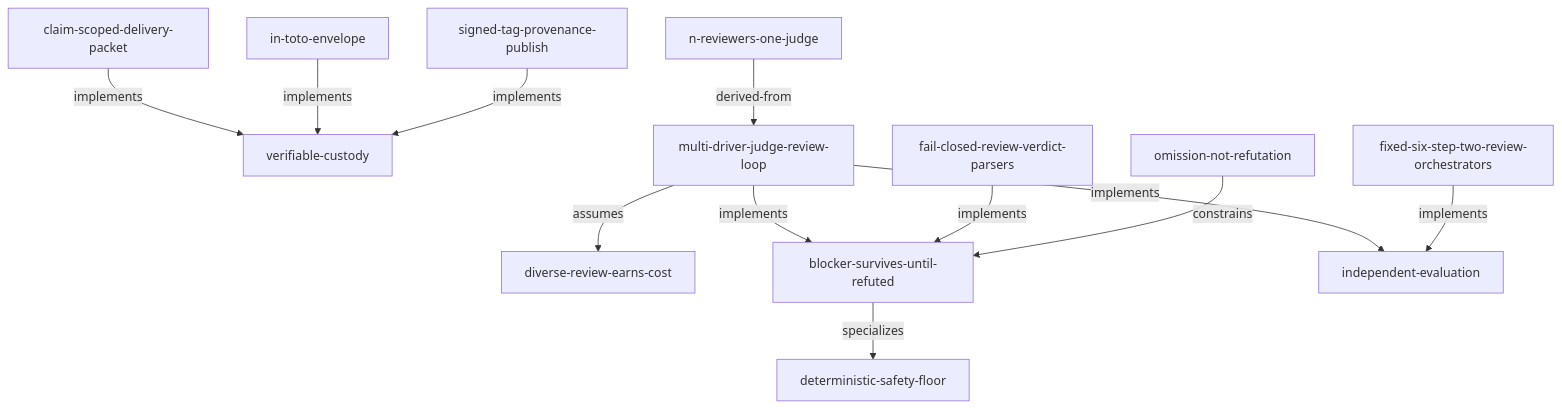
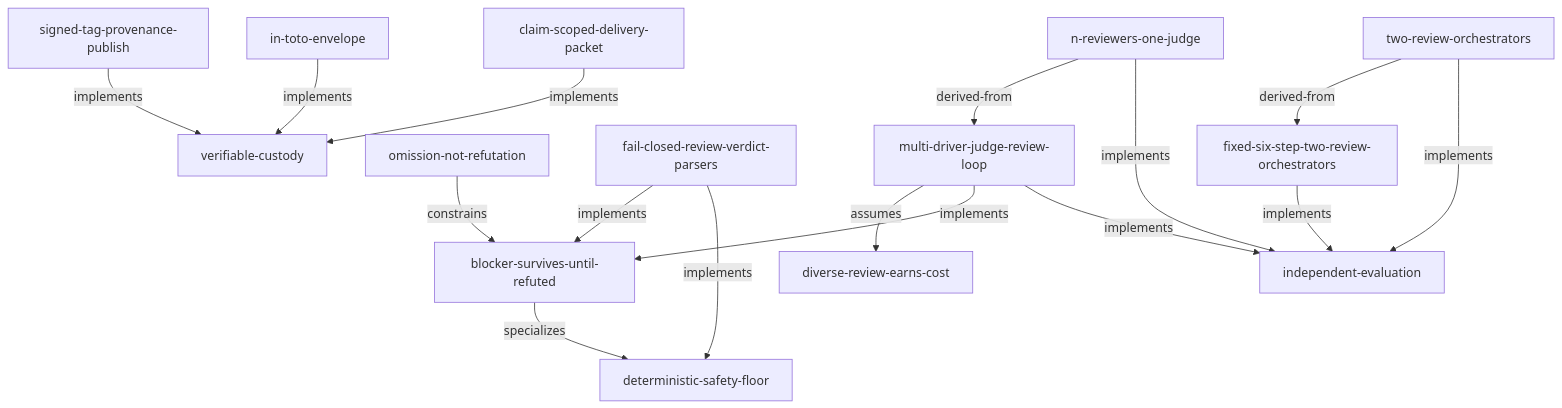
The diagram in docs/assurance/generated/review.md (pelaggio/pelaggio), drawn with Mermaid before and after one commit. The commit also changed 3 other files, not shown here.

First line of the commit message:
docs: name the mechanisms behind every unrealized invariant in the shadow graph (#628)

````diff
--- a/docs/assurance/generated/review.md
+++ b/docs/assurance/generated/review.md
@@ -7,27 +7,32 @@
 ```mermaid
 flowchart TB
   ASM_0002["diverse-review-earns-cost"]
   CLM_0008["verifiable-custody"]
   CLM_0009["blocker-survives-until-refuted"]
   CLM_0016["independent-evaluation"]
   CLM_0019["deterministic-safety-floor"]
   CON_0008["omission-not-refutation"]
+  CTR_0002["two-review-orchestrators"]
   CTR_0003["n-reviewers-one-judge"]
   CTR_0012["fail-closed-review-verdict-parsers"]
   DEC_0003["signed-tag-provenance-publish"]
   DEC_0008["in-toto-envelope"]
   DEC_0012["fixed-six-step-two-review-orchestrators"]
   DEC_0014["multi-driver-judge-review-loop"]
   DEC_0020["claim-scoped-delivery-packet"]
   CLM_0009 -->|specializes| CLM_0019
   CON_0008 -->|constrains| CLM_0009
+  CTR_0002 -->|derived-from| DEC_0012
+  CTR_0002 -->|implements| CLM_0016
   CTR_0003 -->|derived-from| DEC_0014
+  CTR_0003 -->|implements| CLM_0016
   CTR_0012 -->|implements| CLM_0009
+  CTR_0012 -->|implements| CLM_0019
   DEC_0003 -->|implements| CLM_0008
   DEC_0008 -->|implements| CLM_0008
   DEC_0012 -->|implements| CLM_0016
   DEC_0014 -->|assumes| ASM_0002
   DEC_0014 -->|implements| CLM_0009
   DEC_0014 -->|implements| CLM_0016
   DEC_0020 -->|implements| CLM_0008
 ```
````
